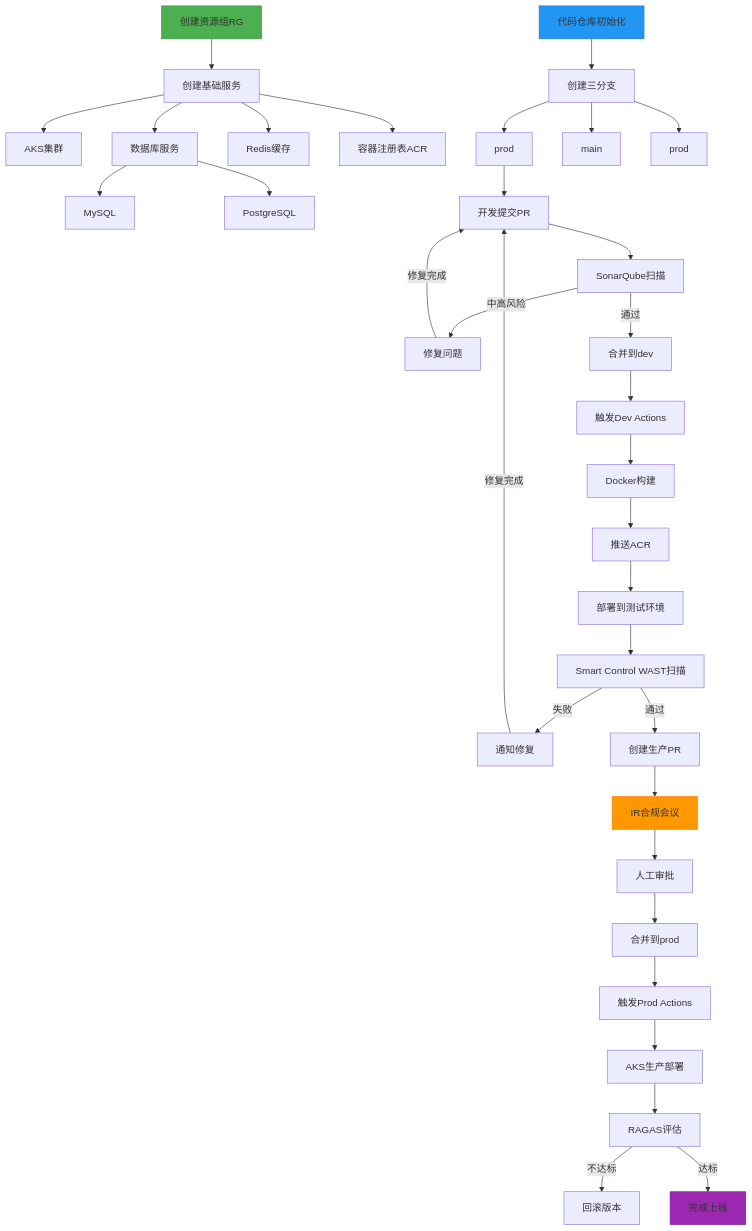
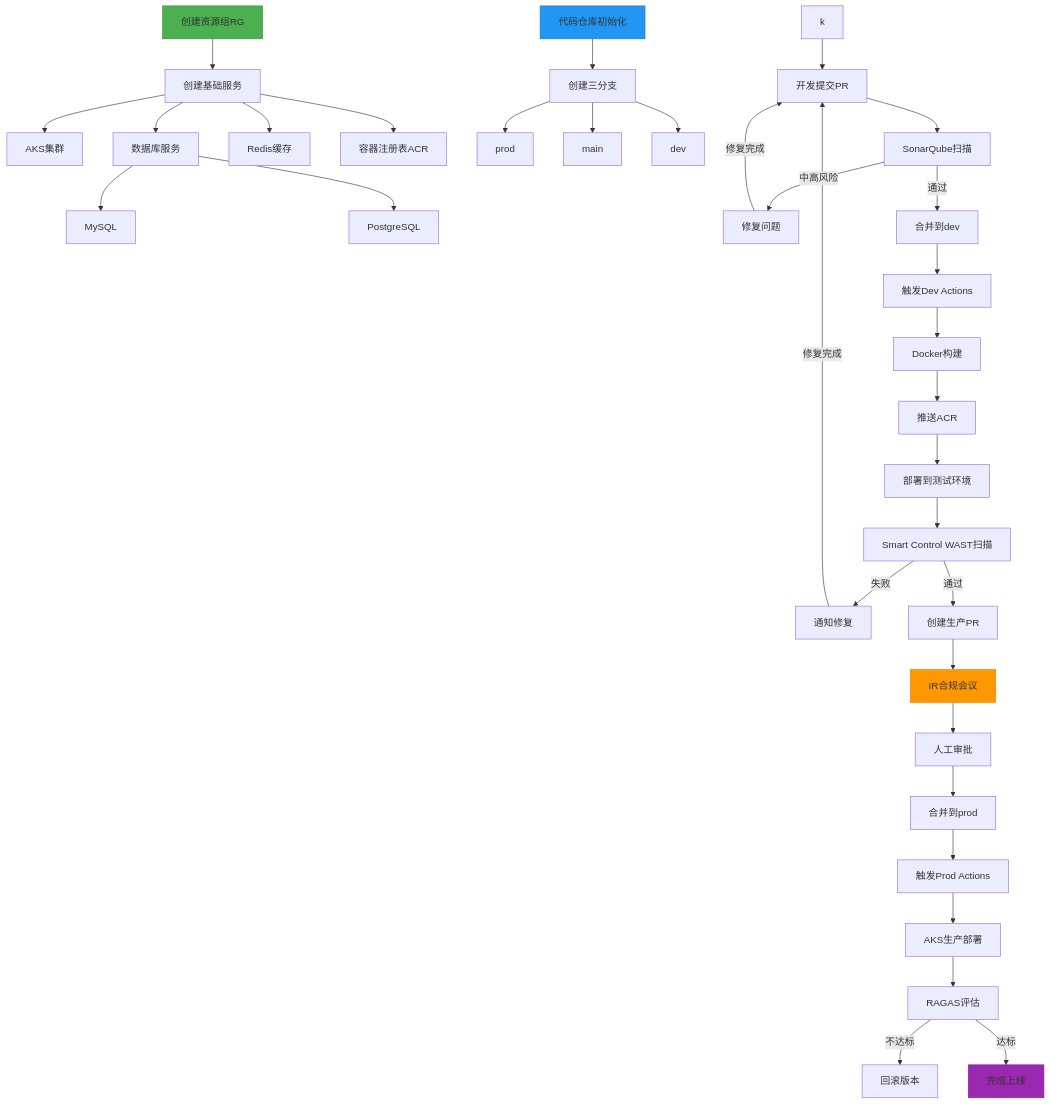
Before and after one commit to funnyData/iodraw-files: the diagram in all/未命名-1.md, drawn with Mermaid.

Commit message:
2025-02-27 01:22:31 update

````diff
--- a/all/未命名-1.md
+++ b/all/未命名-1.md
@@ -1,51 +1,51 @@
 ```mermaid
 graph TD
     A[创建资源组RG] --> B[创建基础服务]
     B --> C[AKS集群]
     B --> D[数据库服务]
     D --> DA[MySQL]
     D --> DB[PostgreSQL]
     B --> E[Redis缓存]
     B --> F[容器注册表ACR]
     
     G[代码仓库初始化] --> H[创建三分支]
     H --> I[prod]
     H --> J[main]
-    H --> K[prod]
+    H --> K[dev]
     
-    I --> L[开发提交PR]
+    k --> L[开发提交PR]
     L --> M[SonarQube扫描]
     M -->|中高风险| N[修复问题]
     N -->|修复完成|L
     M -->|通过| O[合并到dev]
     
     O --> P[触发Dev Actions]
     P --> Q[Docker构建]
     Q --> R[推送ACR]
     R --> S[部署到测试环境]
     
     S --> T[Smart Control WAST扫描]
     T -->|失败| U[通知修复]
     U --> |修复完成|L
     
     T -->|通过| V[创建生产PR]
     
     V --> W[IR合规会议]
     W --> X[人工审批]
     X --> Y[合并到prod]
     
     Y --> Z[触发Prod Actions]
     Z --> AC[AKS生产部署]
     %% Z --> AA[安全扫描]
     %% AA -->|高风险| AB[终止部署]
     %% AA -->|通过| AC[AKS生产部署]
     
     AC --> AD[RAGAS评估]
     AD -->|不达标| AE[回滚版本]
     AD -->|达标| AF[完成上线]
     
     style A fill:#4CAF50,stroke:#388E3C
     style G fill:#2196F3,stroke:#1976D2
     style W fill:#FF9800,stroke:#F57C00
     style AF fill:#9C27B0,stroke:#7B1FA2
 ```
````
